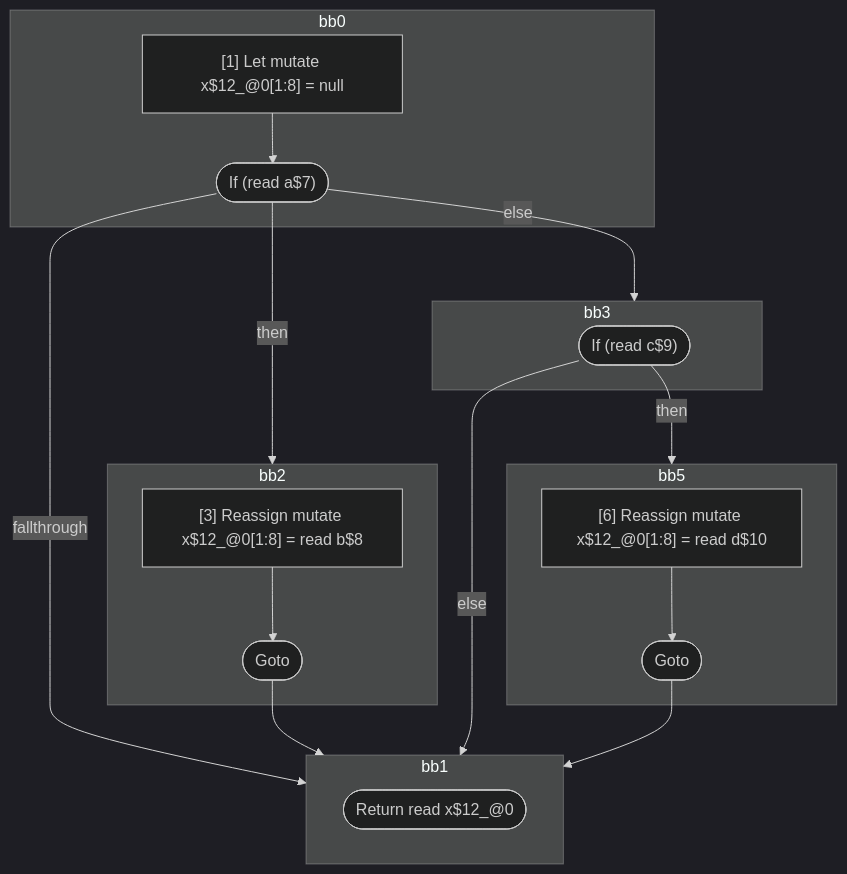
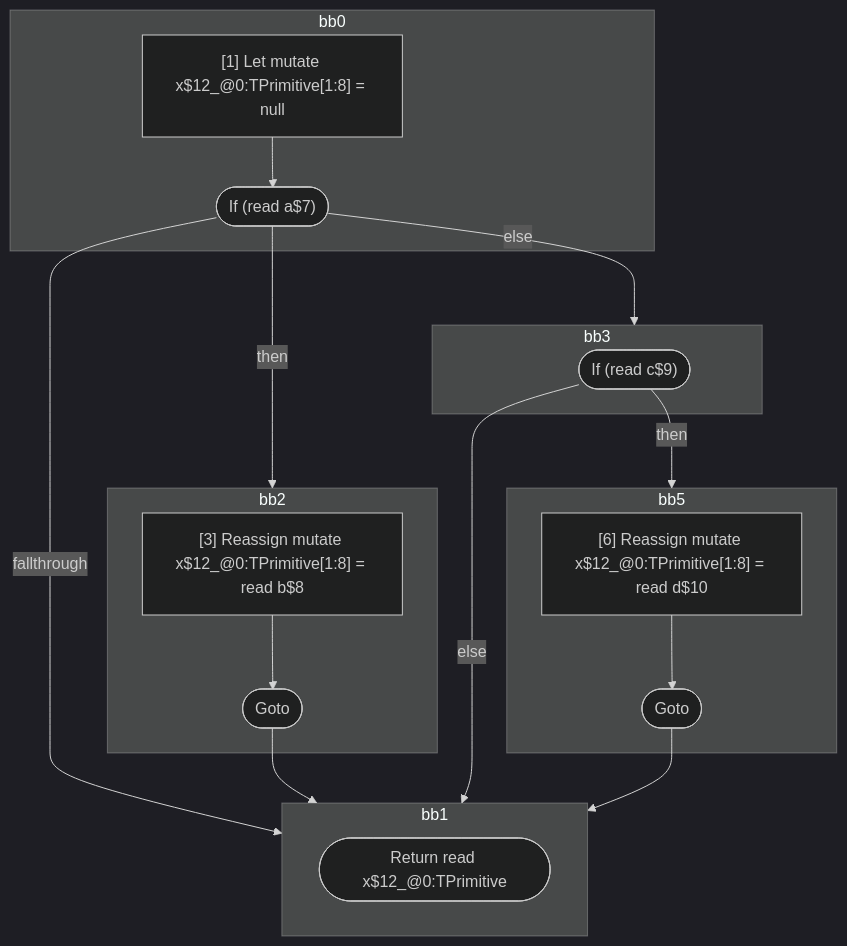
Before and after one commit to wutsmog/private: the diagram in compiler/forget/src/__tests__/fixtures/hir/ssa-nested-partial-reassignment.expect.md, drawn with Mermaid (dark theme). The commit also changed other lines of this file and 112 other files, not shown here.

````diff
--- a/compiler/forget/src/__tests__/fixtures/hir/ssa-nested-partial-reassignment.expect.md
+++ b/compiler/forget/src/__tests__/fixtures/hir/ssa-nested-partial-reassignment.expect.md
@@ -73,38 +73,38 @@
 ```mermaid
 flowchart TB
   %% Basic Blocks
   subgraph bb0
     bb0_instrs["
-      [1] Let mutate x$12_@0[1:8] = null
+      [1] Let mutate x$12_@0:TPrimitive[1:8] = null
     "]
     bb0_instrs --> bb0_terminal(["If (read a$7)"])
   end
   subgraph bb2
     bb2_instrs["
-      [3] Reassign mutate x$12_@0[1:8] = read b$8
+      [3] Reassign mutate x$12_@0:TPrimitive[1:8] = read b$8
     "]
     bb2_instrs --> bb2_terminal(["Goto"])
   end
   subgraph bb3
     bb3_terminal(["If (read c$9)"])
   end
   subgraph bb5
     bb5_instrs["
-      [6] Reassign mutate x$12_@0[1:8] = read d$10
+      [6] Reassign mutate x$12_@0:TPrimitive[1:8] = read d$10
     "]
     bb5_instrs --> bb5_terminal(["Goto"])
   end
   subgraph bb1
-    bb1_terminal(["Return read x$12_@0"])
+    bb1_terminal(["Return read x$12_@0:TPrimitive"])
   end
 
   %% Jumps
   bb0_terminal -- "then" --> bb2
   bb0_terminal -- "else" --> bb3
   bb0_terminal -- "fallthrough" --> bb1
   bb2_terminal --> bb1
   bb3_terminal -- "then" --> bb5
   bb3_terminal -- "else" --> bb1
   bb5_terminal --> bb1
 
 ```
````
